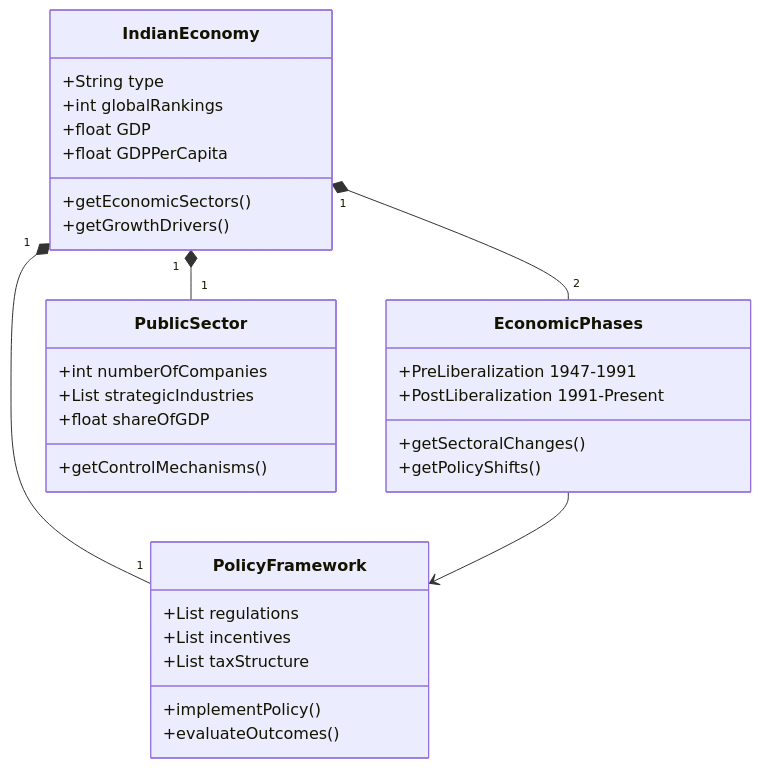
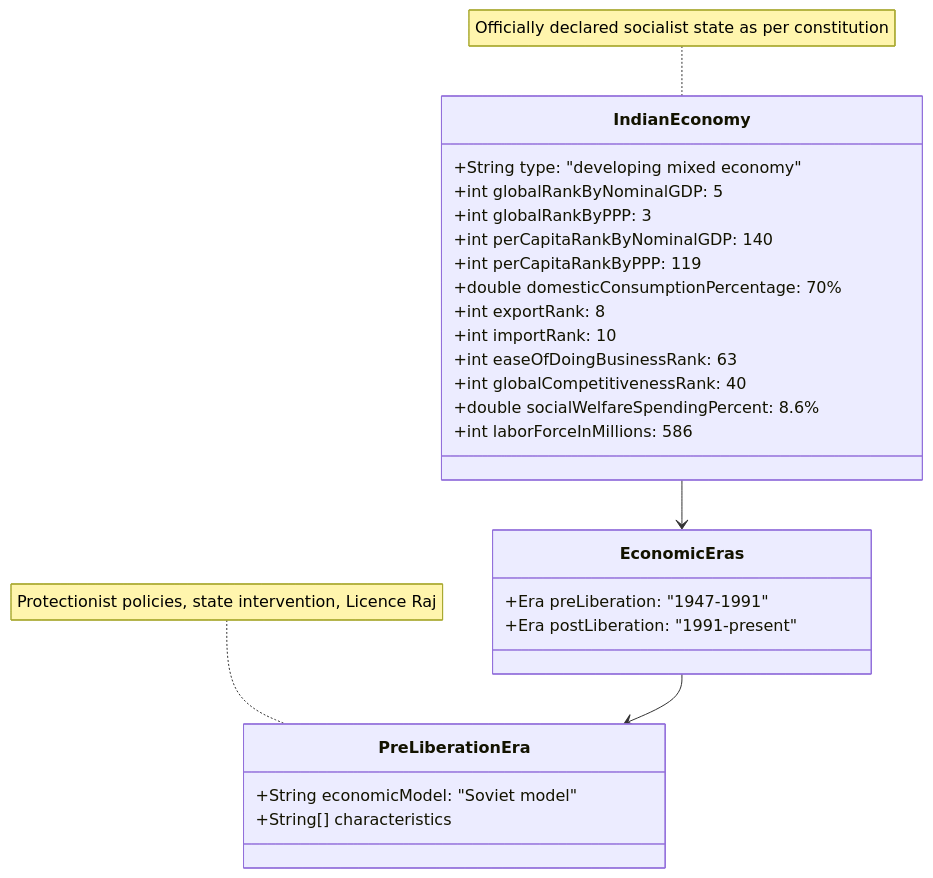
One commit to isauravmanitripathi/Animate-Mermaid-Chart changed the diagram in temp-charts/mmd-images/image_4.mmd. Above: the diagram before and after it, drawn with Mermaid. The commit also changed 15 other files, not shown here.

```diff
--- a/temp-charts/mmd-images/image_4.mmd
+++ b/temp-charts/mmd-images/image_4.mmd
@@ -1,36 +1,30 @@
 classDiagram
     class IndianEconomy {
-        +String type
-        +int globalRankings
-        +float GDP
-        +float GDPPerCapita
-        +getEconomicSectors()
-        +getGrowthDrivers()
+        +String type: "developing mixed economy"
+        +int globalRankByNominalGDP: 5
+        +int globalRankByPPP: 3
+        +int perCapitaRankByNominalGDP: 140
+        +int perCapitaRankByPPP: 119
+        +double domesticConsumptionPercentage: 70%
+        +int exportRank: 8
+        +int importRank: 10
+        +int easeOfDoingBusinessRank: 63
+        +int globalCompetitivenessRank: 40
+        +double socialWelfareSpendingPercent: 8.6%
+        +int laborForceInMillions: 586
     }
-    
-    class EconomicPhases {
-        +PreLiberalization 1947-1991
-        +PostLiberalization 1991-Present
-        +getSectoralChanges()
-        +getPolicyShifts()
+    note for IndianEconomy "Officially declared socialist state as per constitution"
+
+    class EconomicEras {
+        +Era preLiberation: "1947-1991"
+        +Era postLiberation: "1991-present"
     }
-    
-    class PolicyFramework {
-        +List regulations
-        +List incentives
-        +List taxStructure
-        +implementPolicy()
-        +evaluateOutcomes()
+
+    class PreLiberationEra {
+        +String economicModel: "Soviet model"
+        +String[] characteristics
     }
-    
-    class PublicSector {
-        +int numberOfCompanies
-        +List strategicIndustries
-        +float shareOfGDP
-        +getControlMechanisms()
-    }
-    
-    IndianEconomy "1" *-- "2" EconomicPhases
-    IndianEconomy "1" *-- "1" PolicyFramework
-    IndianEconomy "1" *-- "1" PublicSector
-    EconomicPhases --> PolicyFramework
+    note for PreLiberationEra "Protectionist policies, state intervention, Licence Raj"
+
+    IndianEconomy --> EconomicEras
+    EconomicEras --> PreLiberationEra
```
